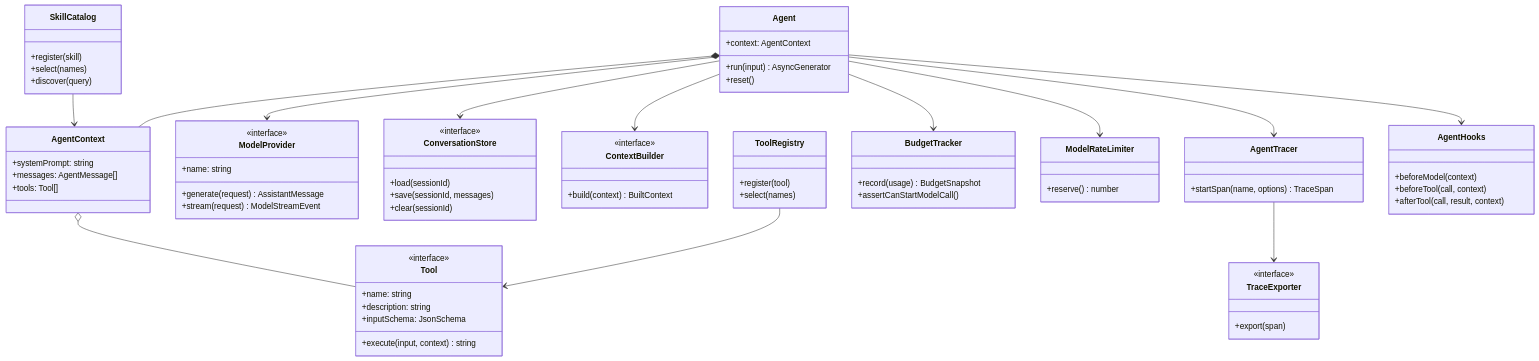
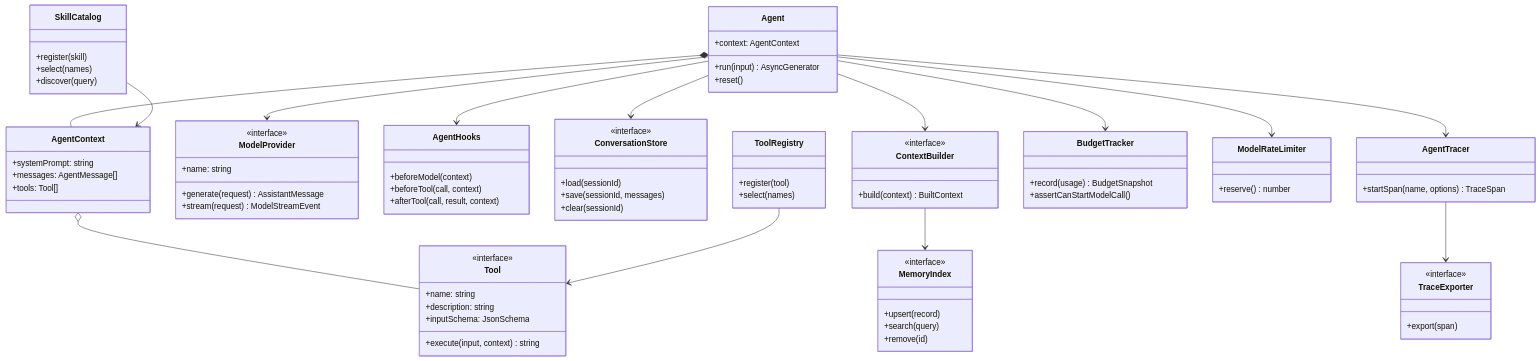
Before and after one commit to daiwk/building-agents-from-scratch: the diagram in docs/architecture.md, drawn with Mermaid. The commit also changed 30 other files, not shown here.

```diff
--- a/docs/architecture.md
+++ b/docs/architecture.md
@@ -51,6 +51,12 @@
       <<interface>>
       +build(context) BuiltContext
     }
+    class MemoryIndex {
+      <<interface>>
+      +upsert(record)
+      +search(query)
+      +remove(id)
+    }
     class BudgetTracker {
       +record(usage) BudgetSnapshot
       +assertCanStartModelCall()
@@ -70,6 +76,7 @@
     Agent --> ModelProvider
     Agent --> ConversationStore
     Agent --> ContextBuilder
+    ContextBuilder --> MemoryIndex
     Agent --> BudgetTracker
     Agent --> ModelRateLimiter
     Agent --> AgentTracer
```
